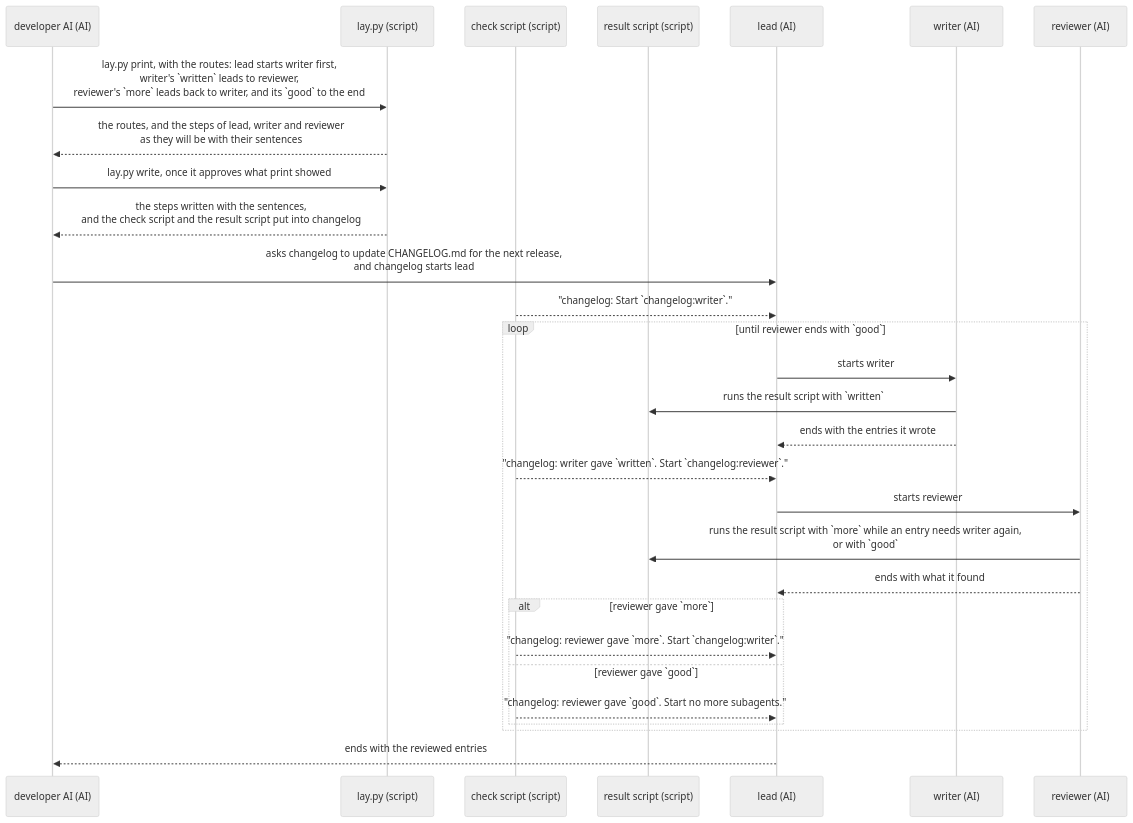
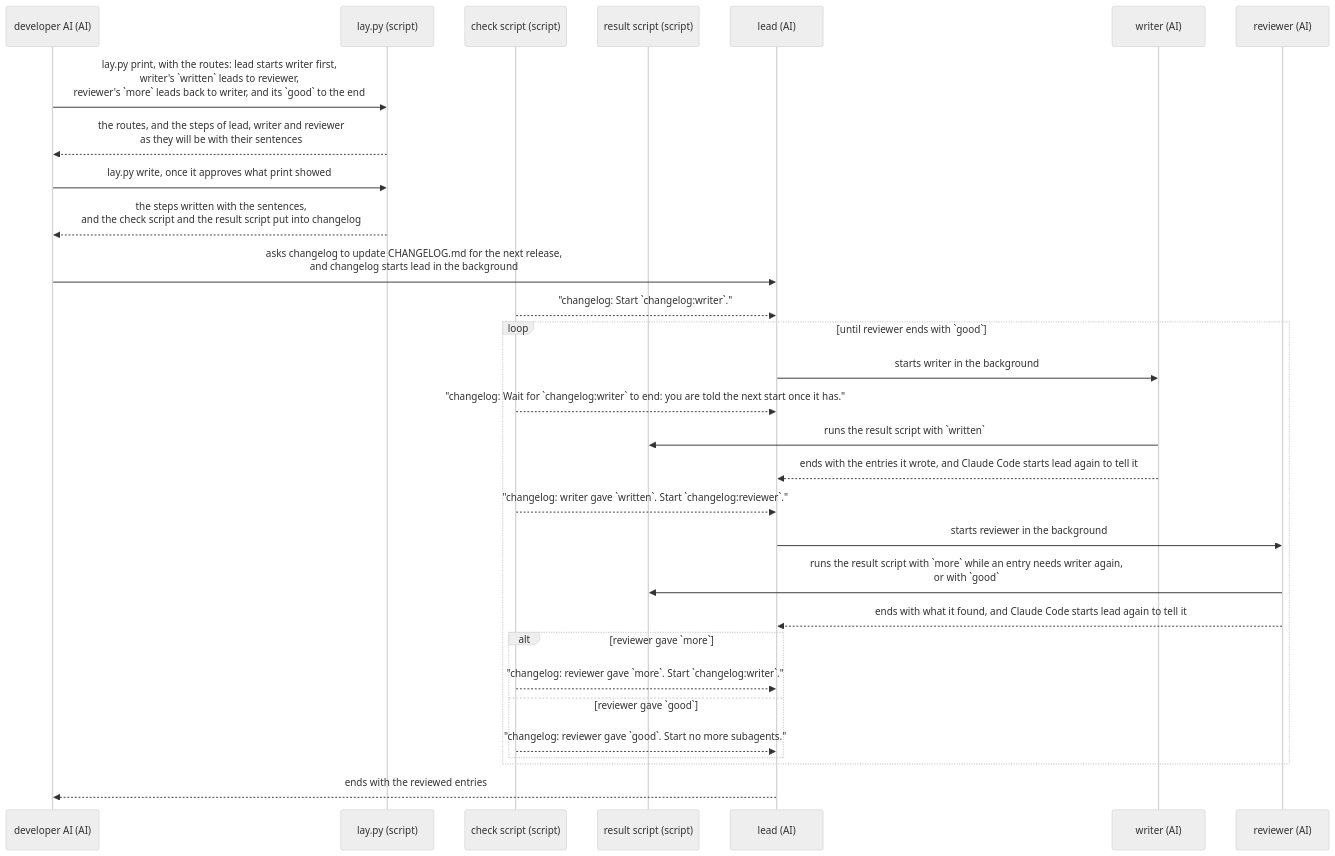
One commit to lovaizu/ccpm changed the second of 2 diagrams in dev/lane/ux.md. Above: the diagram before and after it, drawn with Mermaid (neutral theme). The commit also changed other lines of this file and 30 other files, not shown here.

````diff
--- a/dev/lane/ux.md
+++ b/dev/lane/ux.md
@@ -67,31 +69,32 @@
 ```mermaid
 sequenceDiagram
   participant A as developer AI (AI)
   participant L as lay.py (script)
   participant K as check script (script)
   participant S as result script (script)
   participant O as lead (AI)
   participant W as writer (AI)
   participant R as reviewer (AI)
   A->>L: lay.py print, with the routes: lead starts writer first,<br>writer's `written` leads to reviewer,<br>reviewer's `more` leads back to writer, and its `good` to the end
   L-->>A: the routes, and the steps of lead, writer and reviewer<br>as they will be with their sentences
   A->>L: lay.py write, once it approves what print showed
   L-->>A: the steps written with the sentences,<br>and the check script and the result script put into changelog
-  A->>O: asks changelog to update CHANGELOG.md for the next release,<br>and changelog starts lead
+  A->>O: asks changelog to update CHANGELOG.md for the next release,<br>and changelog starts lead in the background
   K-->>O: "changelog: Start `changelog:writer`."
   loop until reviewer ends with `good`
-    O->>W: starts writer
+    O->>W: starts writer in the background
+    K-->>O: "changelog: Wait for `changelog:writer` to end: you are told the next start once it has."
     W->>S: runs the result script with `written`
-    W-->>O: ends with the entries it wrote
+    W-->>O: ends with the entries it wrote, and Claude Code starts lead again to tell it
     K-->>O: "changelog: writer gave `written`. Start `changelog:reviewer`."
-    O->>R: starts reviewer
+    O->>R: starts reviewer in the background
     R->>S: runs the result script with `more` while an entry needs writer again,<br>or with `good`
-    R-->>O: ends with what it found
+    R-->>O: ends with what it found, and Claude Code starts lead again to tell it
     alt reviewer gave `more`
       K-->>O: "changelog: reviewer gave `more`. Start `changelog:writer`."
     else reviewer gave `good`
       K-->>O: "changelog: reviewer gave `good`. Start no more subagents."
     end
   end
   O-->>A: ends with the reviewed entries
 ```
````
